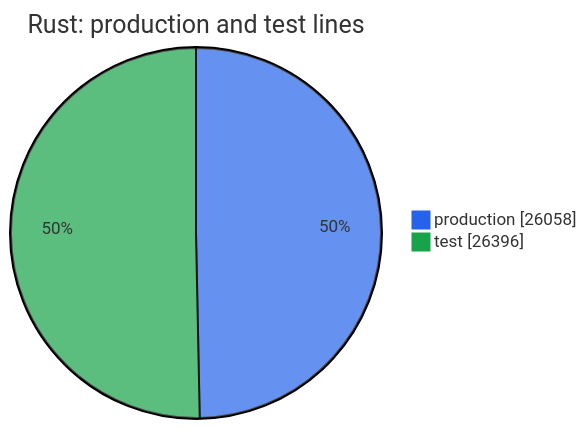
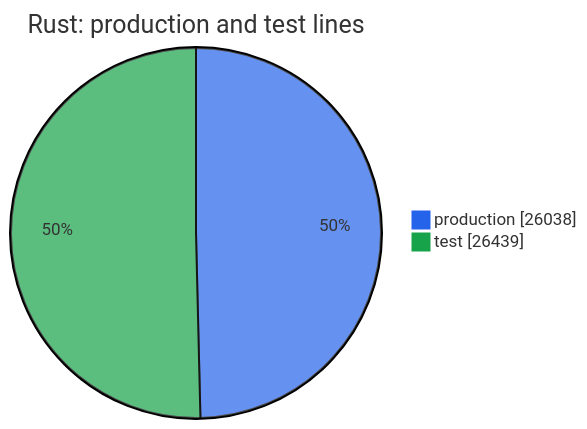
The second of 2 diagrams in metrics.md (thomascherickal/ferrum-gpu), drawn with Mermaid before and after one commit. The commit also changed other lines of this file and 24 other files, not shown here.

````diff
--- a/metrics.md
+++ b/metrics.md
@@ -35,6 +35,6 @@
 ```mermaid
 %%{init: {"theme": "base", "themeVariables": {"pie1": "#2563eb", "pie2": "#16a34a", "pie3": "#d97706", "pie4": "#db2777", "pie5": "#7c3aed", "pie6": "#0891b2", "pie7": "#65a30d", "pie8": "#dc2626"}}}%%
 pie showData title Rust: production and test lines
-    "production" : 26058
-    "test" : 26396
+    "production" : 26038
+    "test" : 26439
 ```
````
